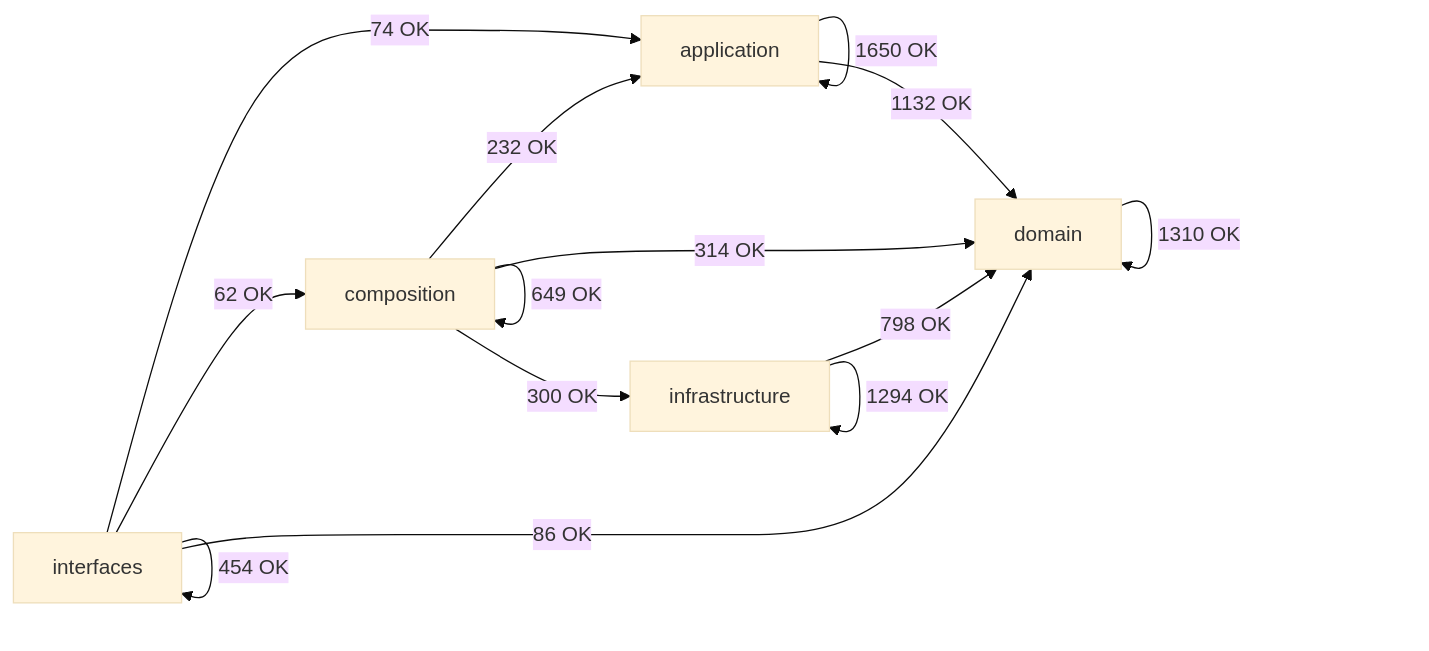
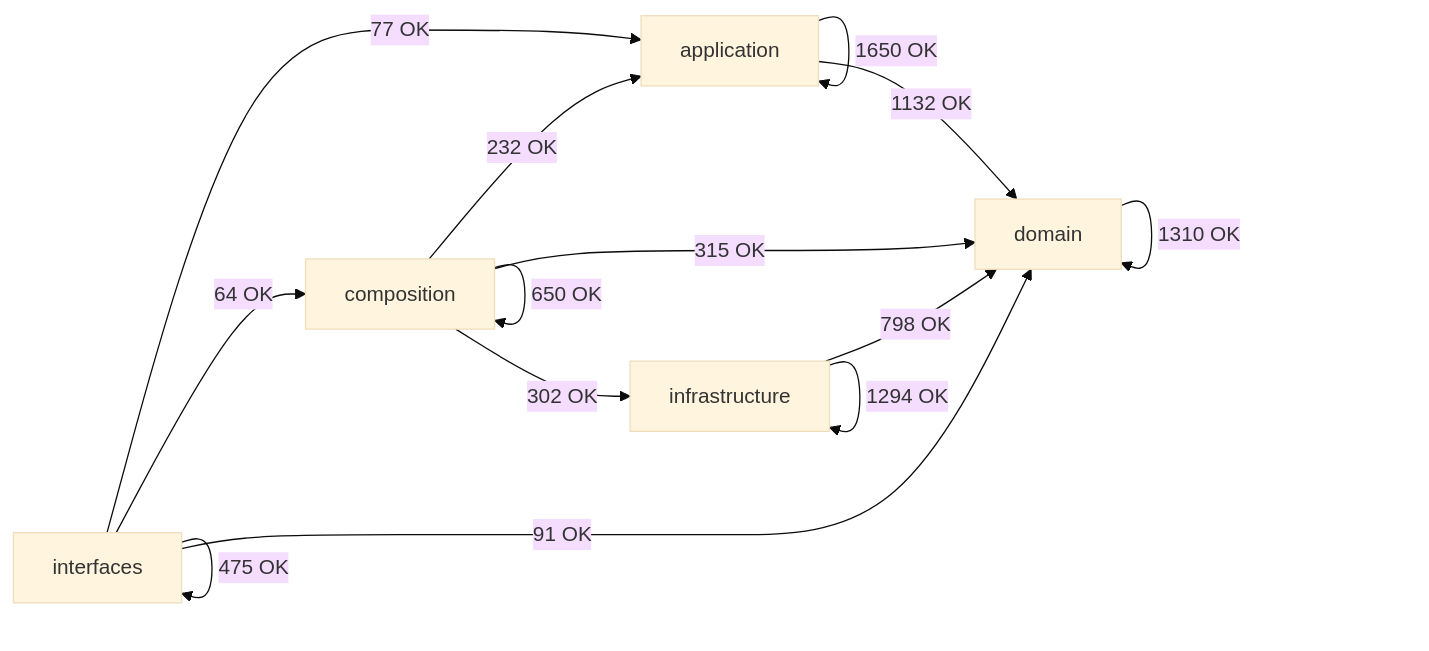
The diagram in docs/02-architecture/generated/module-dependency-map.md (SatoryKono/BioactivityDataAcquisition), drawn with Mermaid (base theme) before and after one commit. The commit also changed other lines of this file and 41 other files, not shown here.

````diff
--- a/docs/02-architecture/generated/module-dependency-map.md
+++ b/docs/02-architecture/generated/module-dependency-map.md
@@ -17,21 +17,21 @@
 ```mermaid
 flowchart LR
     domain[domain]
     application[application]
     infrastructure[infrastructure]
     composition[composition]
     interfaces[interfaces]
     application -->|1650 OK| application
     application -->|1132 OK| domain
     composition -->|232 OK| application
-    composition -->|649 OK| composition
-    composition -->|314 OK| domain
-    composition -->|300 OK| infrastructure
+    composition -->|650 OK| composition
+    composition -->|315 OK| domain
+    composition -->|302 OK| infrastructure
     domain -->|1310 OK| domain
     infrastructure -->|798 OK| domain
     infrastructure -->|1294 OK| infrastructure
-    interfaces -->|74 OK| application
-    interfaces -->|62 OK| composition
-    interfaces -->|86 OK| domain
-    interfaces -->|454 OK| interfaces
+    interfaces -->|77 OK| application
+    interfaces -->|64 OK| composition
+    interfaces -->|91 OK| domain
+    interfaces -->|475 OK| interfaces
 ```
````
